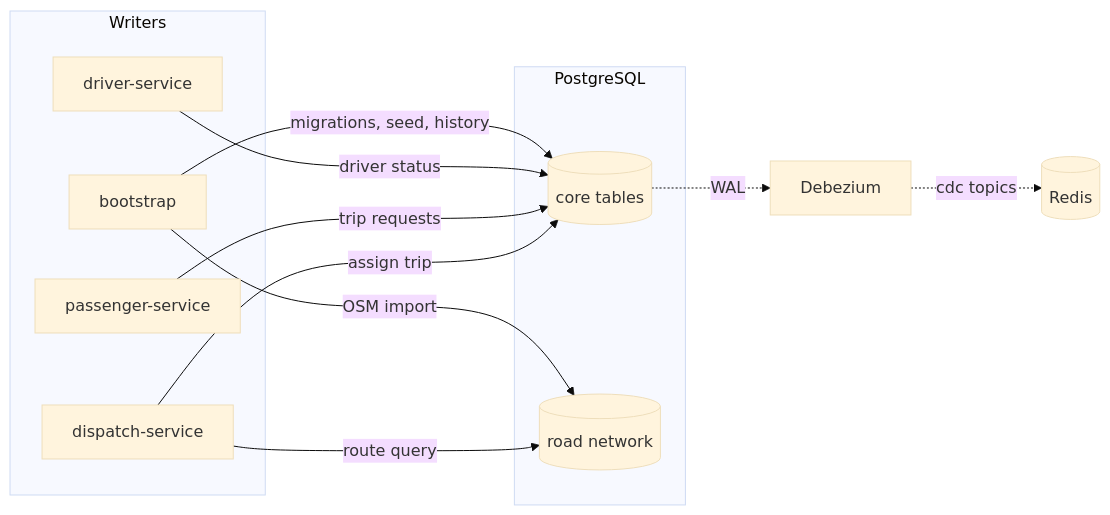
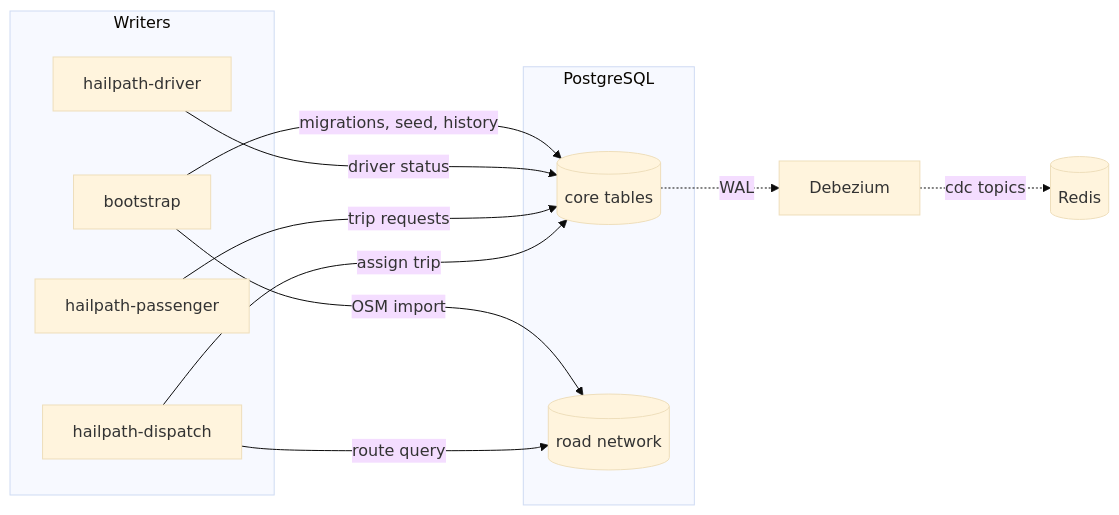
One commit to bahman-farhadian/Meanul-Data-Studio changed the sixth of 9 diagrams in README.md. Above: the diagram before and after it, drawn with Mermaid (base theme). The commit also changed other lines of this file and 114 other files, not shown here.

````diff
--- a/README.md
+++ b/README.md
@@ -307,27 +304,27 @@
 ```mermaid
 graph LR
     subgraph WRITERS ["Writers"]
         BOOT["bootstrap"]
-        DRV["driver-service"]
-        PSG["passenger-service"]
-        DISP["dispatch-service"]
+        DRV["hailpath-driver"]
+        PSG["hailpath-passenger"]
+        DISP["hailpath-dispatch"]
     end
 
     subgraph PGDB ["PostgreSQL"]
         SCHEMA[("core tables")]
         ROADS[("road network")]
     end
 
     DBZ["Debezium"]
     REDIS[("Redis")]
 
     BOOT -->|"migrations, seed, history"| SCHEMA
     BOOT -->|"OSM import"| ROADS
     DRV -->|"driver status"| SCHEMA
     PSG -->|"trip requests"| SCHEMA
     DISP -->|"route query"| ROADS
     DISP -->|"assign trip"| SCHEMA
 
     SCHEMA -.->|"WAL"| DBZ
     DBZ -.->|"cdc topics"| REDIS
 ```
````
